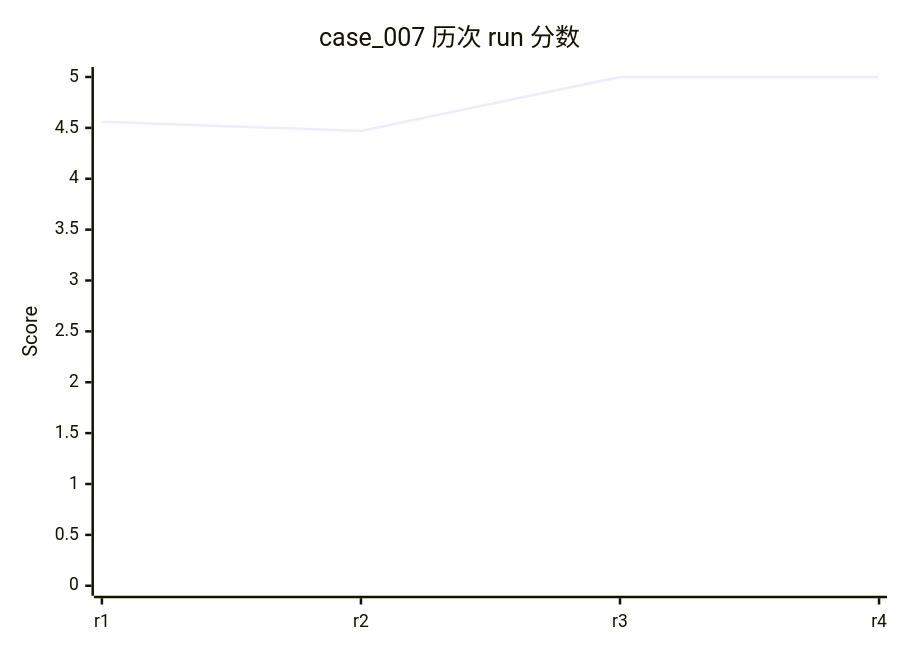
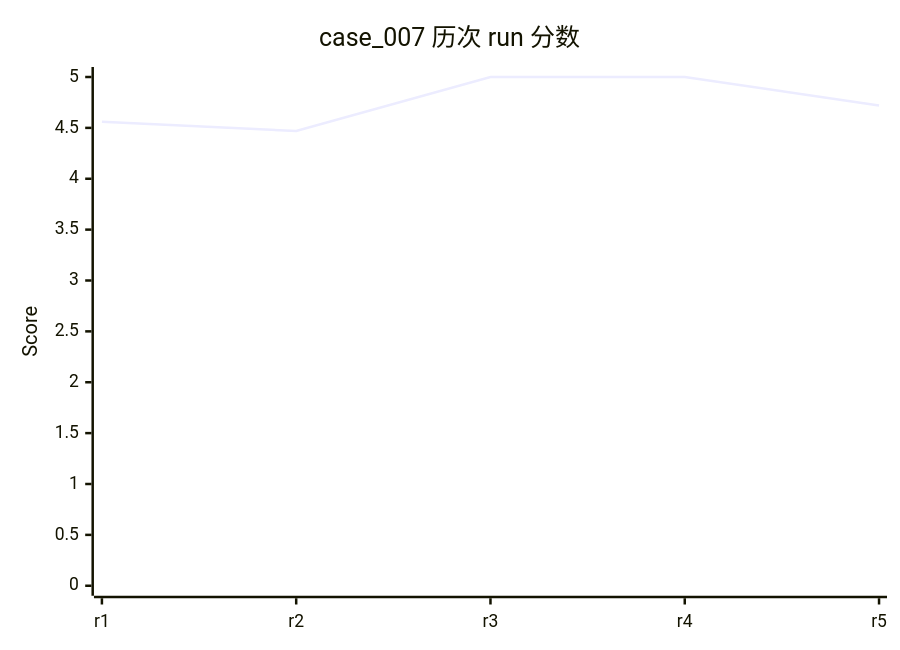
Before and after one commit to rushengzhou/sid-code: diagram 13 of 58 in evals/DASHBOARD.md, drawn with Mermaid. The commit also changed other lines of this file and 34 other files, not shown here.

````diff
--- a/evals/DASHBOARD.md
+++ b/evals/DASHBOARD.md
@@ -320,7 +325,7 @@
 ```mermaid
 xychart-beta
     title "case_007 历次 run 分数"
-    x-axis [r1, r2, r3, r4]
+    x-axis [r1, r2, r3, r4, r5]
     y-axis "Score" 0 --> 5
-    line [4.56, 4.47, 5.00, 5.00]
+    line [4.56, 4.47, 5.00, 5.00, 4.72]
 ```
````
